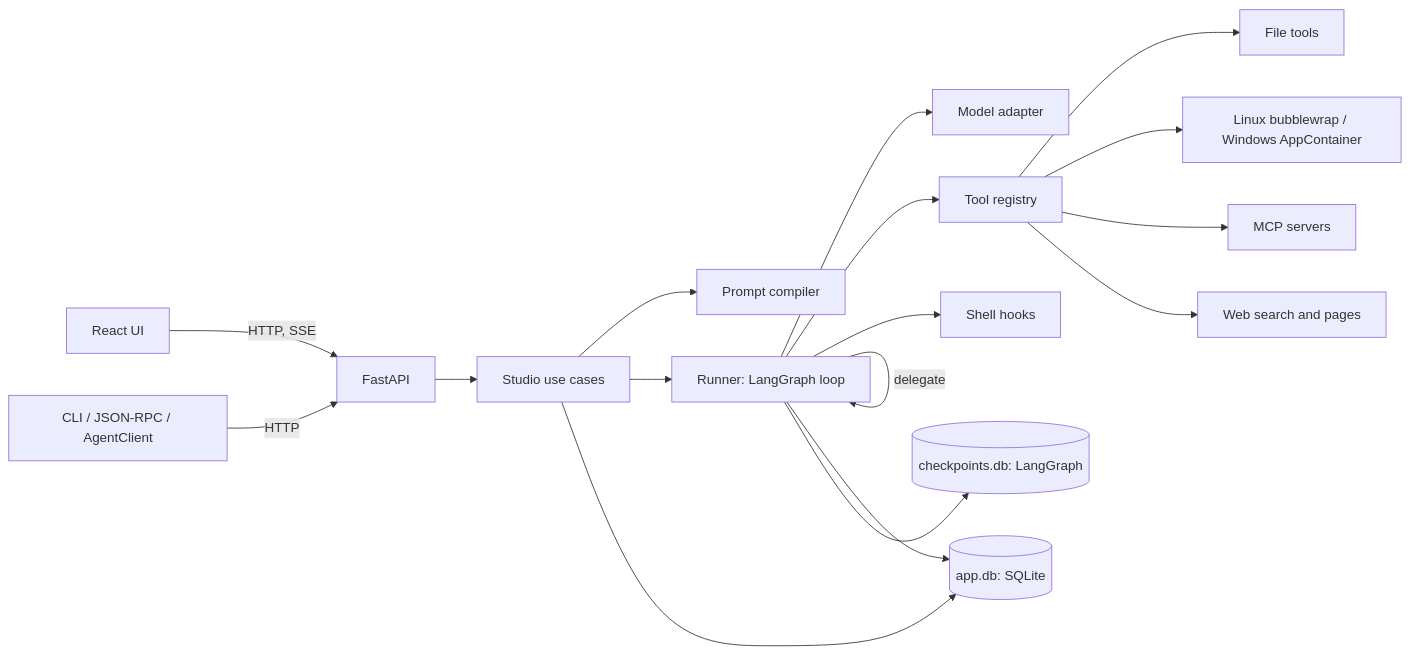
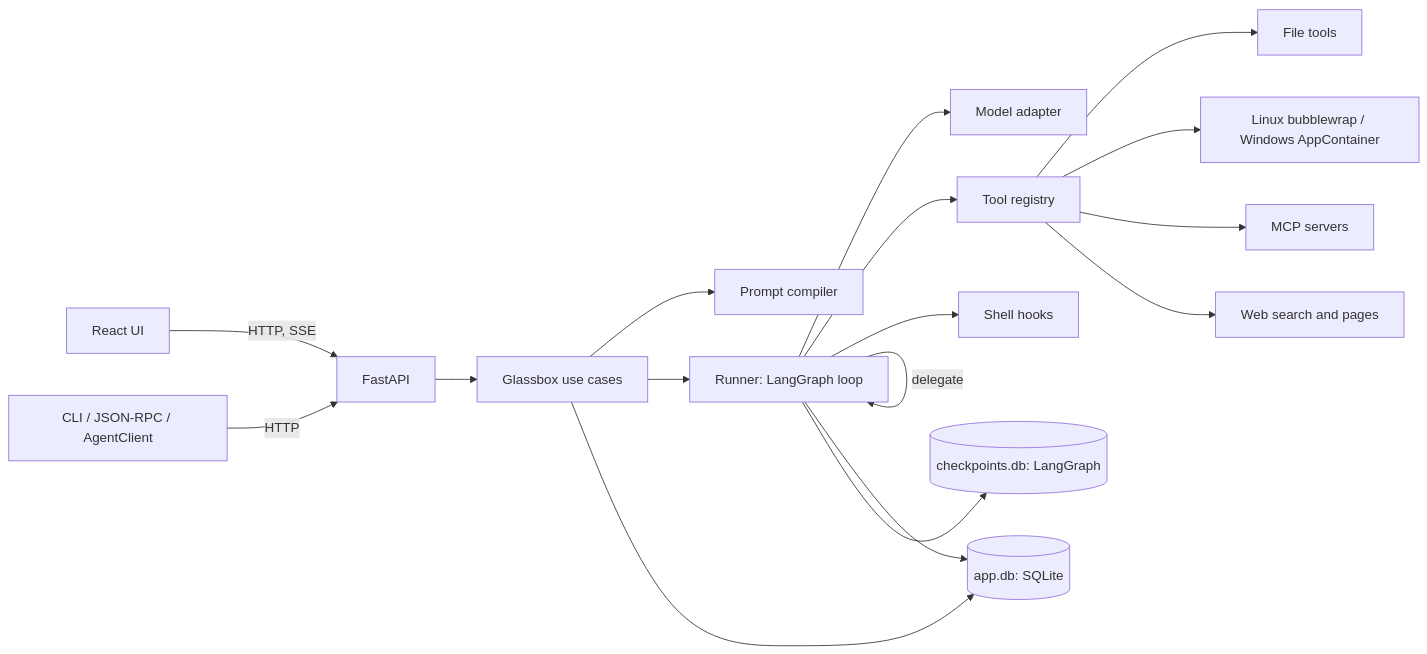
Before and after one commit to shiraha721/glassbox: the first of 3 diagrams in docs/architecture.md, drawn with Mermaid. The commit also changed other lines of this file and 178 other files, not shown here.

````diff
--- a/docs/architecture.md
+++ b/docs/architecture.md
@@ -9,19 +9,19 @@
 ```mermaid
 flowchart LR
     UI[React UI] -->|HTTP, SSE| API[FastAPI]
     CLI[CLI / JSON-RPC / AgentClient] -->|HTTP| API
-    API --> Studio[Studio use cases]
-    Studio --> Compiler[Prompt compiler]
-    Studio --> Runner[Runner: LangGraph loop]
+    API --> Glassbox[Glassbox use cases]
+    Glassbox --> Compiler[Prompt compiler]
+    Glassbox --> Runner[Runner: LangGraph loop]
     Runner --> Provider[Model adapter]
     Runner --> Tools[Tool registry]
     Tools --> Files[File tools]
     Tools --> Sandbox[Linux bubblewrap / Windows AppContainer]
     Tools --> MCP[MCP servers]
     Tools --> Web[Web search and pages]
     Runner --> Hooks[Shell hooks]
     Runner -->|delegate| Runner
-    Studio --> DB[(app.db: SQLite)]
+    Glassbox --> DB[(app.db: SQLite)]
     Runner --> DB
     Runner --> CP[(checkpoints.db: LangGraph)]
 ```
````
